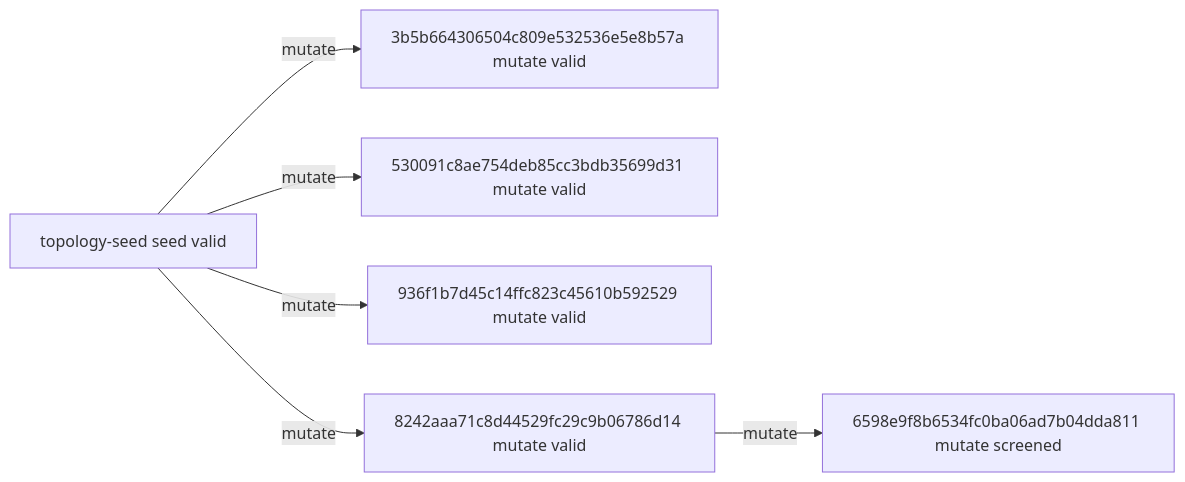
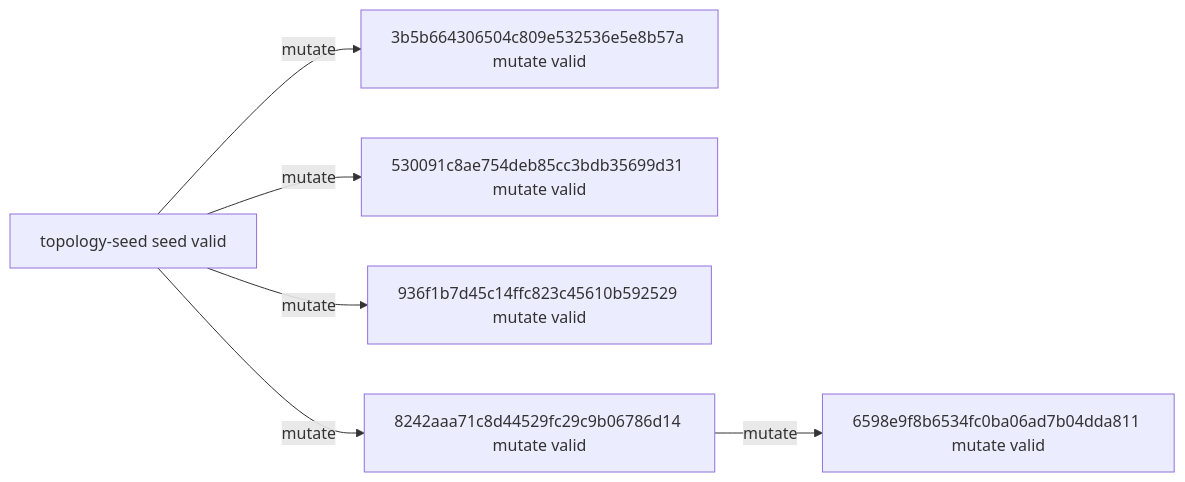
The diagram in experiments/campaigns/layout-numerical-lane1/README.md (timbtz/feyer-search-lab), drawn with Mermaid before and after one commit. The commit also changed other lines of this file and 7 other files, not shown here.

````diff
--- a/experiments/campaigns/layout-numerical-lane1/README.md
+++ b/experiments/campaigns/layout-numerical-lane1/README.md
@@ -21,14 +21,14 @@
 ```mermaid
 graph LR
   n0["topology-seed seed valid"]
   n1["3b5b664306504c809e532536e5e8b57a mutate valid"]
   n2["530091c8ae754deb85cc3bdb35699d31 mutate valid"]
   n3["936f1b7d45c14ffc823c45610b592529 mutate valid"]
   n4["8242aaa71c8d44529fc29c9b06786d14 mutate valid"]
-  n5["6598e9f8b6534fc0ba06ad7b04dda811 mutate screened"]
+  n5["6598e9f8b6534fc0ba06ad7b04dda811 mutate valid"]
   n0 -->|mutate| n1
   n0 -->|mutate| n2
   n0 -->|mutate| n3
   n0 -->|mutate| n4
   n4 -->|mutate| n5
 ```
````
